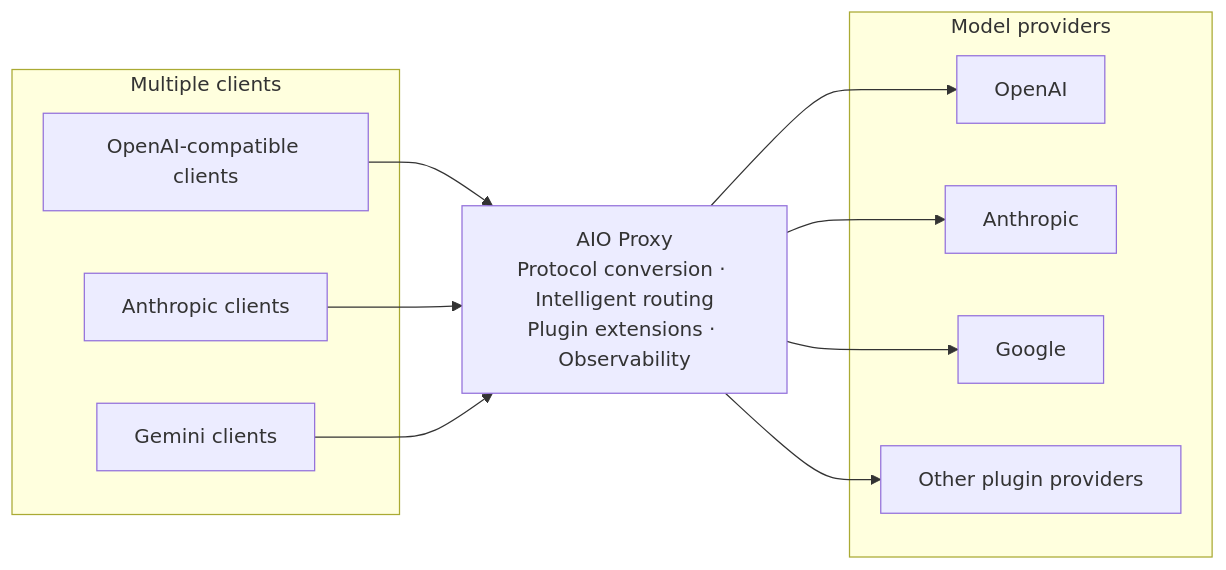
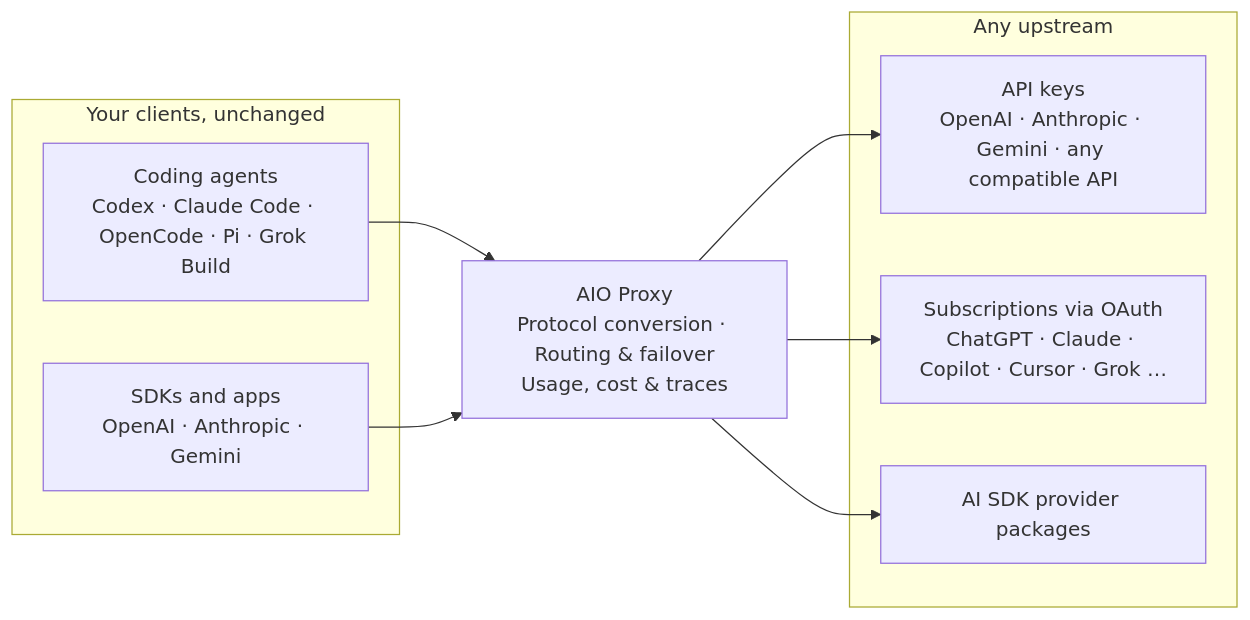
The diagram in npm/aio-proxy/README.md (aio-proxy/aio-proxy), drawn with Mermaid before and after one commit. The commit also changed other lines of this file and 1 other file, not shown here.

Commit message:
docs: rewrite the README intro around what AIO Proxy can do
The old intro listed features abstractly, so new readers could not tell
why they would want it. Lead with the tagline, a concrete cross-protocol
example, a diagram showing agents and subscriptions, and eight concrete
selling points including the AI SDK ecosystem and the plugin SDK.

````diff
--- a/npm/aio-proxy/README.md
+++ b/npm/aio-proxy/README.md
@@ -19,26 +23,21 @@
 ```mermaid
 flowchart LR
-  subgraph Clients["Multiple clients"]
-    OpenAIClient["OpenAI-compatible clients"]
-    AnthropicClient["Anthropic clients"]
-    GeminiClient["Gemini clients"]
+  subgraph Clients["Your clients, unchanged"]
+    Agents["Coding agents<br/>Codex · Claude Code · OpenCode · Pi · Grok Build"]
+    SDKs["SDKs and apps<br/>OpenAI · Anthropic · Gemini"]
   end
 
-  Proxy["AIO Proxy<br/>Protocol conversion · Intelligent routing<br/>Plugin extensions · Observability"]
+  Proxy["AIO Proxy<br/>Protocol conversion · Routing & failover<br/>Usage, cost & traces"]
 
-  subgraph Providers["Model providers"]
-    OpenAI["OpenAI"]
-    Anthropic["Anthropic"]
-    Google["Google"]
-    PluginProviders["Other plugin providers"]
+  subgraph Upstreams["Any upstream"]
+    Keys["API keys<br/>OpenAI · Anthropic · Gemini · any compatible API"]
+    Subs["Subscriptions via OAuth<br/>ChatGPT · Claude · Copilot · Cursor · Grok …"]
+    SDKProviders["AI SDK provider packages"]
   end
 
-  OpenAIClient --> Proxy
-  AnthropicClient --> Proxy
-  GeminiClient --> Proxy
-
-  Proxy --> OpenAI
-  Proxy --> Anthropic
-  Proxy --> Google
-  Proxy --> PluginProviders
+  Agents --> Proxy
+  SDKs --> Proxy
+  Proxy --> Keys
+  Proxy --> Subs
+  Proxy --> SDKProviders
 ```
````
